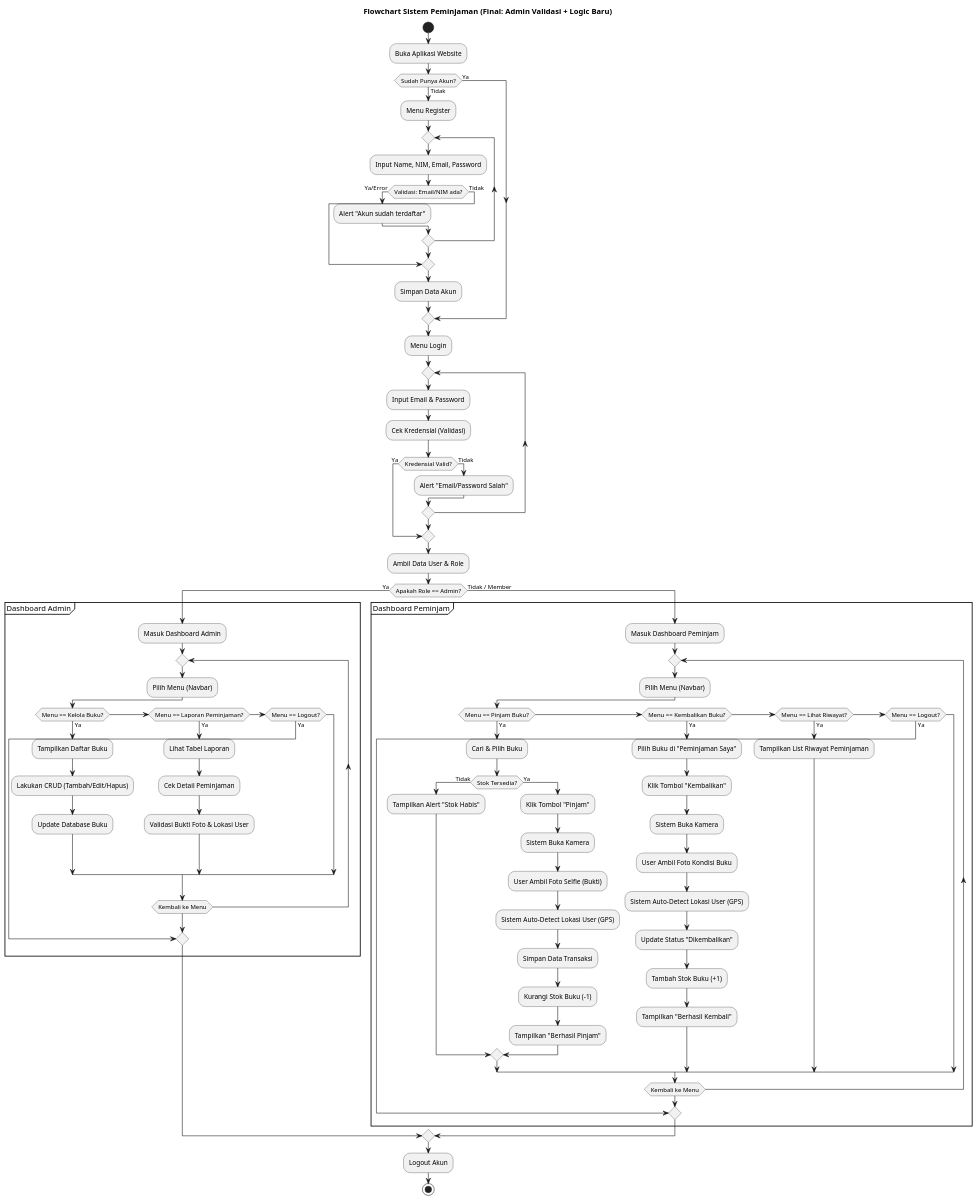
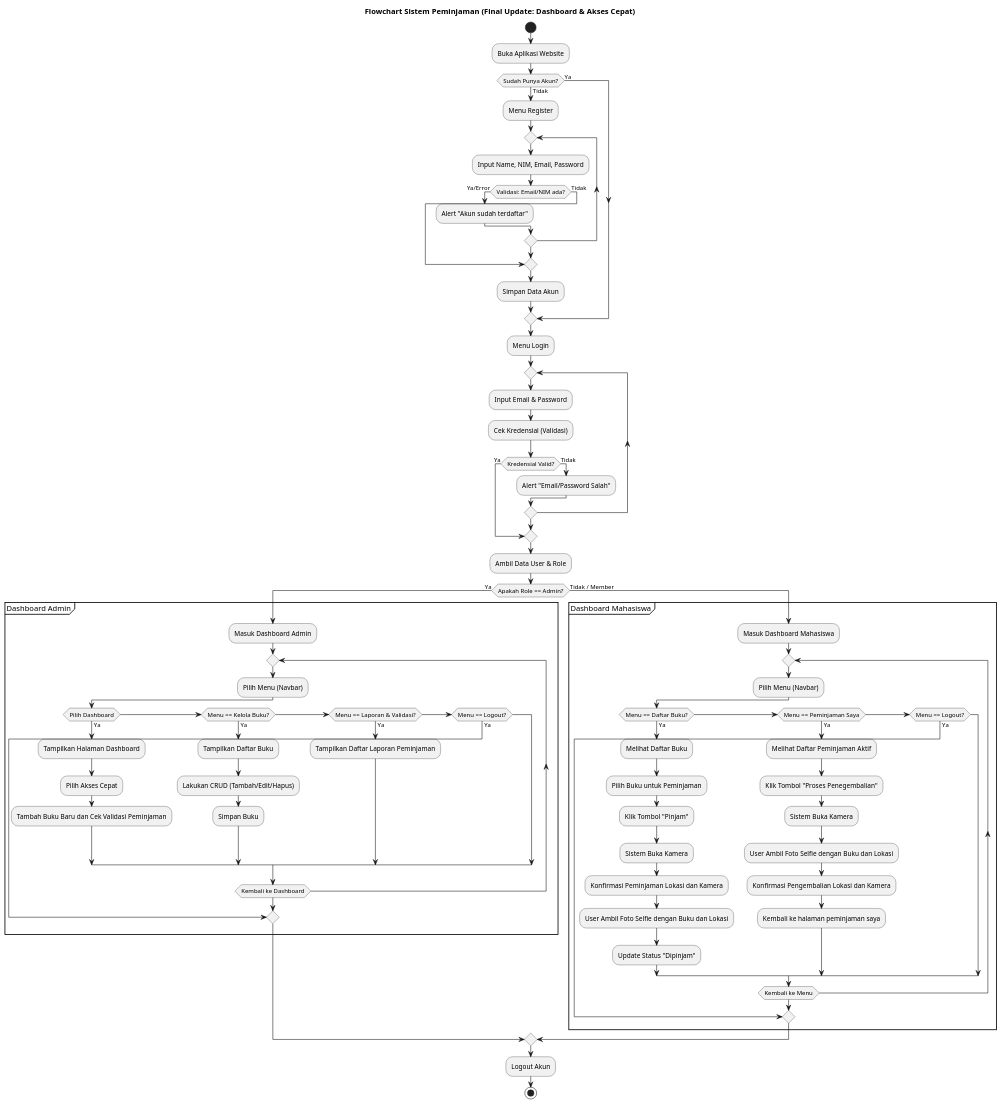
The diagram in flowchart.puml (A-PPAW-TI503P-2025/PROJECT_KELOMPOK2_LOKASI-KAMERA), drawn with PlantUML before and after one commit.

Commit message:
update flowchart

```diff
--- a/flowchart.puml
+++ b/flowchart.puml
@@ -1,119 +1,104 @@
 @startuml
 
-title Flowchart Sistem Peminjaman (Final: Admin Validasi + Logic Baru)
+title Flowchart Sistem Peminjaman (Final Update: Dashboard & Akses Cepat)
 
 start
 
 :Buka Aplikasi Website;
 
 '--- ALUR REGISTER ---
 if (Sudah Punya Akun?) then (Tidak)
   :Menu Register;
   repeat
     :Input Name, NIM, Email, Password;
     if (Validasi: Email/NIM ada?) then (Ya/Error)
       :Alert "Akun sudah terdaftar";
     else (Tidak)
       break
     endif
   repeat while
   :Simpan Data Akun;
 else (Ya)
 endif
 
-'--- ALUR LOGIN (AUTO LOOP) ---
+'--- ALUR LOGIN ---
 :Menu Login;
 repeat
   :Input Email & Password;
   :Cek Kredensial (Validasi);
   if (Kredensial Valid?) then (Ya)
     break
   else (Tidak)
     :Alert "Email/Password Salah";
   endif
 repeat while
 
 :Ambil Data User & Role;
 
 '--- PERCABANGAN ROLE ---
 if (Apakah Role == Admin?) then (Ya)
   
   '=== DASHBOARD ADMIN ===
   partition "Dashboard Admin" {
     :Masuk Dashboard Admin;
     repeat
       :Pilih Menu (Navbar);
       
-      if (Menu == Kelola Buku?) then (Ya)
+      if (Pilih Dashboard) then (Ya)
+        :Tampilkan Halaman Dashboard;
+        :Pilih Akses Cepat;
+        :Tambah Buku Baru dan Cek Validasi Peminjaman;
+
+      elseif (Menu == Kelola Buku?) then (Ya)
         :Tampilkan Daftar Buku;
         :Lakukan CRUD (Tambah/Edit/Hapus);
-        :Update Database Buku;
+        :Simpan Buku;
       
-      '--- TAMBAHAN: VALIDASI BUKTI ---
-      elseif (Menu == Laporan Peminjaman?) then (Ya)
-        :Lihat Tabel Laporan;
-        :Cek Detail Peminjaman;
-        :Validasi Bukti Foto & Lokasi User; 
-        ' (Ini langkah tambahan yang kamu minta)
+      elseif (Menu == Laporan & Validasi?) then (Ya)
+        :Tampilkan Daftar Laporan Peminjaman;
         
       elseif (Menu == Logout?) then (Ya)
         break
       endif
-    repeat while (Kembali ke Menu)
+    repeat while (Kembali ke Dashboard)
   }
 
 else (Tidak / Member)
 
-  '=== DASHBOARD PEMINJAM ===
-  partition "Dashboard Peminjam" {
-    :Masuk Dashboard Peminjam;
+  '=== DASHBOARD MAHASISWA ===
+  partition "Dashboard Mahasiswa" {
+    :Masuk Dashboard Mahasiswa;
     repeat
       :Pilih Menu (Navbar);
       
-      '--- FITUR 1: PINJAM BUKU ---
-      if (Menu == Pinjam Buku?) then (Ya)
-        :Cari & Pilih Buku;
-        if (Stok Tersedia?) then (Tidak)
-          :Tampilkan Alert "Stok Habis";
-        else (Ya)
-          :Klik Tombol "Pinjam";
-          ' Logic: Kamera -> Foto & Lokasi
-          :Sistem Buka Kamera;
-          :User Ambil Foto Selfie (Bukti);
-          :Sistem Auto-Detect Lokasi User (GPS);
-          :Simpan Data Transaksi;
-          :Kurangi Stok Buku (-1);
-          :Tampilkan "Berhasil Pinjam";
-        endif
+      if (Menu == Daftar Buku?) then (Ya)
+        :Melihat Daftar Buku;
+        :Pilih Buku untuk Peminjaman;
+        :Klik Tombol "Pinjam";
+        :Sistem Buka Kamera;
+        :Konfirmasi Peminjaman Lokasi dan Kamera;
+        :User Ambil Foto Selfie dengan Buku dan Lokasi;
+        :Update Status "Dipinjam";
 
-      '--- FITUR 2: KEMBALIKAN BUKU ---
-      elseif (Menu == Kembalikan Buku?) then (Ya)
-        :Pilih Buku di "Peminjaman Saya";
-        :Klik Tombol "Kembalikan";
-        ' Logic: Kamera -> Foto & Lokasi
+      elseif (Menu == Peminjaman Saya) then (Ya)
+        :Melihat Daftar Peminjaman Aktif;
+        :Klik Tombol "Proses Penegembalian";
         :Sistem Buka Kamera;
-        :User Ambil Foto Kondisi Buku;
-        :Sistem Auto-Detect Lokasi User (GPS);
-        :Update Status "Dikembalikan";
-        :Tambah Stok Buku (+1);
-        :Tampilkan "Berhasil Kembali";
-
-      '--- FITUR 3: LIHAT RIWAYAT ---
-      elseif (Menu == Lihat Riwayat?) then (Ya)
-        :Tampilkan List Riwayat Peminjaman;
+        :User Ambil Foto Selfie dengan Buku dan Lokasi;
+        :Konfirmasi Pengembalian Lokasi dan Kamera;
+        :Kembali ke halaman peminjaman saya;
       
-      '--- FITUR 4: LOGOUT ---
       elseif (Menu == Logout?) then (Ya)
         break
       endif
       
     repeat while (Kembali ke Menu)
   }
 
 endif
 
 '--- ENDING ---
 :Logout Akun;
 stop
 
 @enduml
```
